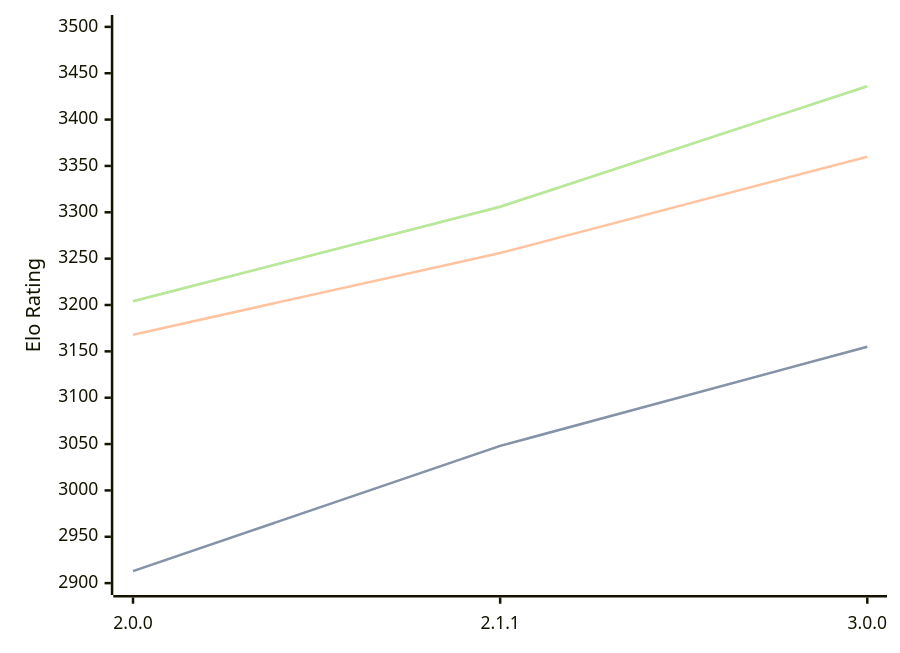
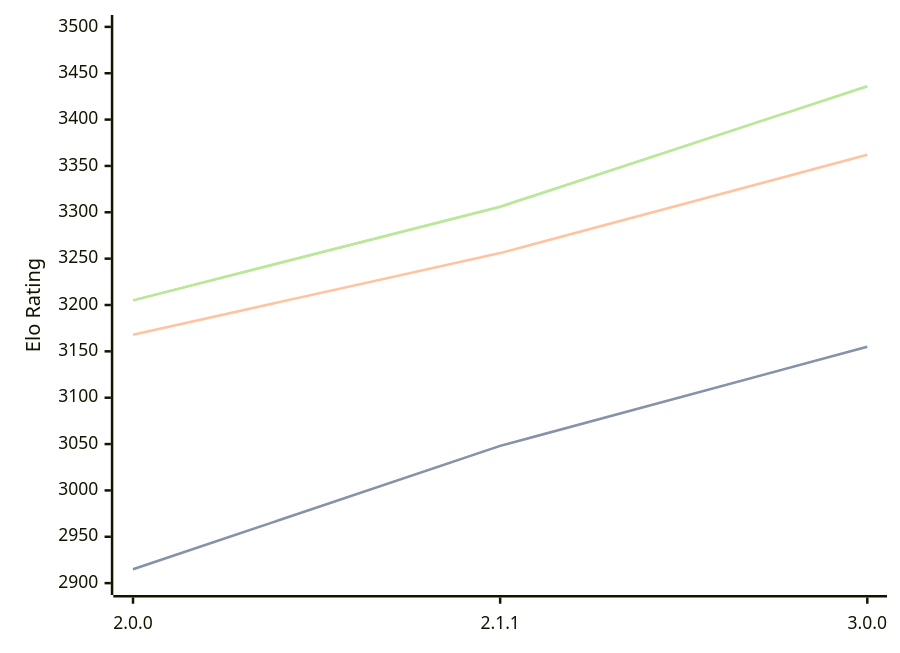
The diagram in engines/Bread.md (computer-chess-index/cci), drawn with Mermaid before and after one commit. The commit also changed other lines of this file, not shown here.

Commit message:
Update CCI Ratings (ELO VLTC) - 2026-05-17

````diff
--- a/engines/Bread.md
+++ b/engines/Bread.md
@@ -51,11 +51,11 @@
 ```mermaid
 %%{init: {"theme":"base","themeVariables":{"seriesColors:['#a3a3a3','#222221','#faa371']}}}%%
 xychart-beta
   x-axis ["2.0.0", "2.1.1", "3.0.0"]
   y-axis "Elo Rating" 2900 --> 3500
-  line "STC (8.0+0.08s)" [2913, 3048, 3155]
-  line "STC (8.0+0.08s)" [2913, 3048, 3155]
-  line "LTC (60.0+0.60s)" [3168, 3256, 3360]
-  line "VLTC (2m24s+1.12s)" [3204, 3306, 3436]
-  line "VLTC (2m24s+1.12s)" [3204, 3306, 3436]
+  line "STC (8.0+0.08s)" [2915, 3048, 3155]
+  line "STC (8.0+0.08s)" [2915, 3048, 3155]
+  line "LTC (60.0+0.60s)" [3168, 3256, 3362]
+  line "VLTC (2m24s+1.12s)" [3205, 3306, 3436]
+  line "VLTC (2m24s+1.12s)" [3205, 3306, 3436]
 ```
````
